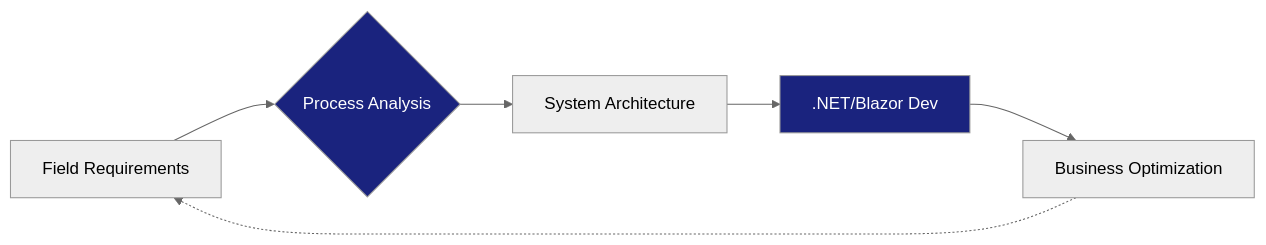
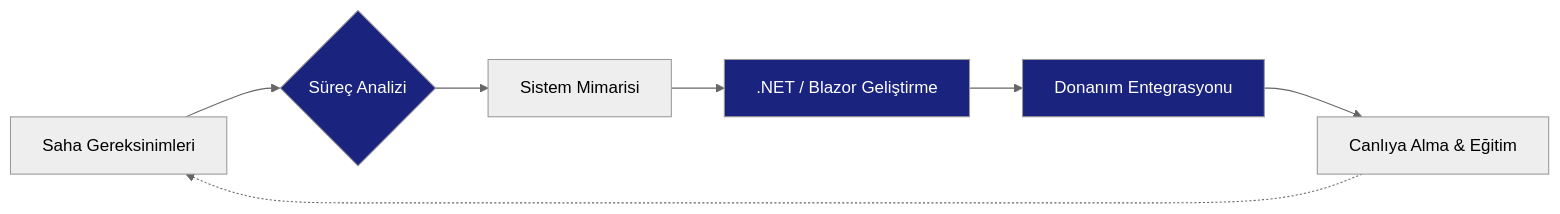
Before and after one commit to HuseyinEmreTech/HuseyinEmreTech: the diagram in README.md, drawn with Mermaid (neutral theme). The commit also changed other lines of this file, not shown here.

````diff
--- a/README.md
+++ b/README.md
@@ -18,10 +19,12 @@
 ```mermaid
 graph LR
-    A[Field Requirements] --> B{Process Analysis}
-    B --> C[System Architecture]
-    C --> D[.NET/Blazor Dev]
-    D --> E[Business Optimization]
-    E -.-> A
+    A[Saha Gereksinimleri] --> B{Süreç Analizi}
+    B --> C[Sistem Mimarisi]
+    C --> D[.NET / Blazor Geliştirme]
+    D --> E[Donanım Entegrasyonu]
+    E --> F[Canlıya Alma & Eğitim]
+    F -.-> A
     style B fill:#1a237e,color:#fff
     style D fill:#1a237e,color:#fff
+    style E fill:#1a237e,color:#fff
 ```
````
